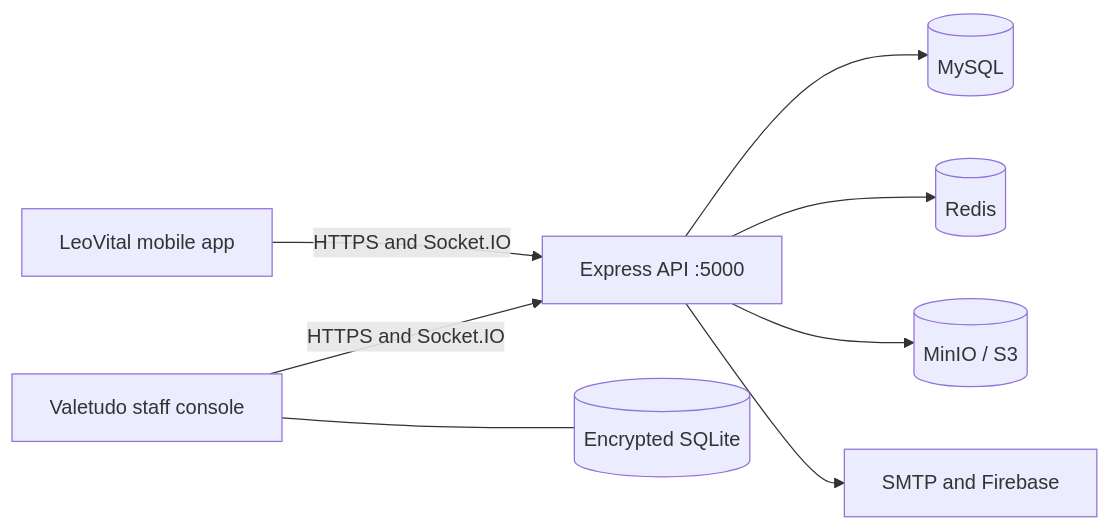
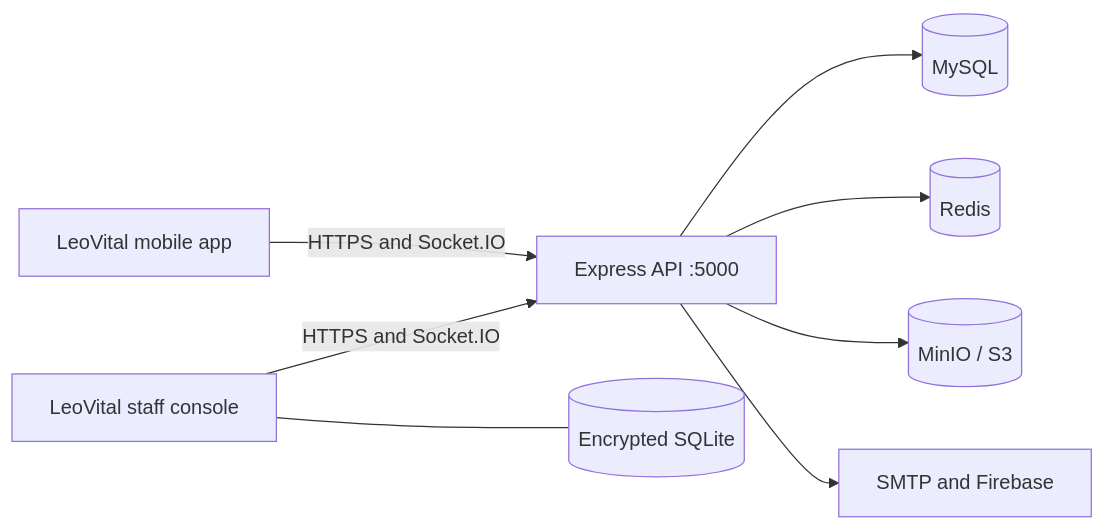
Before and after one commit to KaynX64/AbsoluteDogshit: the diagram in README.md, drawn with Mermaid. The commit also changed other lines of this file, not shown here.

Commit message:
Update project name from Valetudo to LeoVital

````diff
--- a/README.md
+++ b/README.md
@@ -36,10 +36,10 @@
 ```mermaid
 flowchart LR
     Mobile["LeoVital mobile app"] -->|"HTTPS and Socket.IO"| API["Express API :5000"]
-    Desktop["Valetudo staff console"] -->|"HTTPS and Socket.IO"| API
+    Desktop["LeoVital staff console"] -->|"HTTPS and Socket.IO"| API
     Desktop --- Local[("Encrypted SQLite")]
     API --> SQL[("MySQL")]
     API --> Cache[("Redis")]
     API --> Storage[("MinIO / S3")]
     API --> Notify["SMTP and Firebase"]
 ```
````
